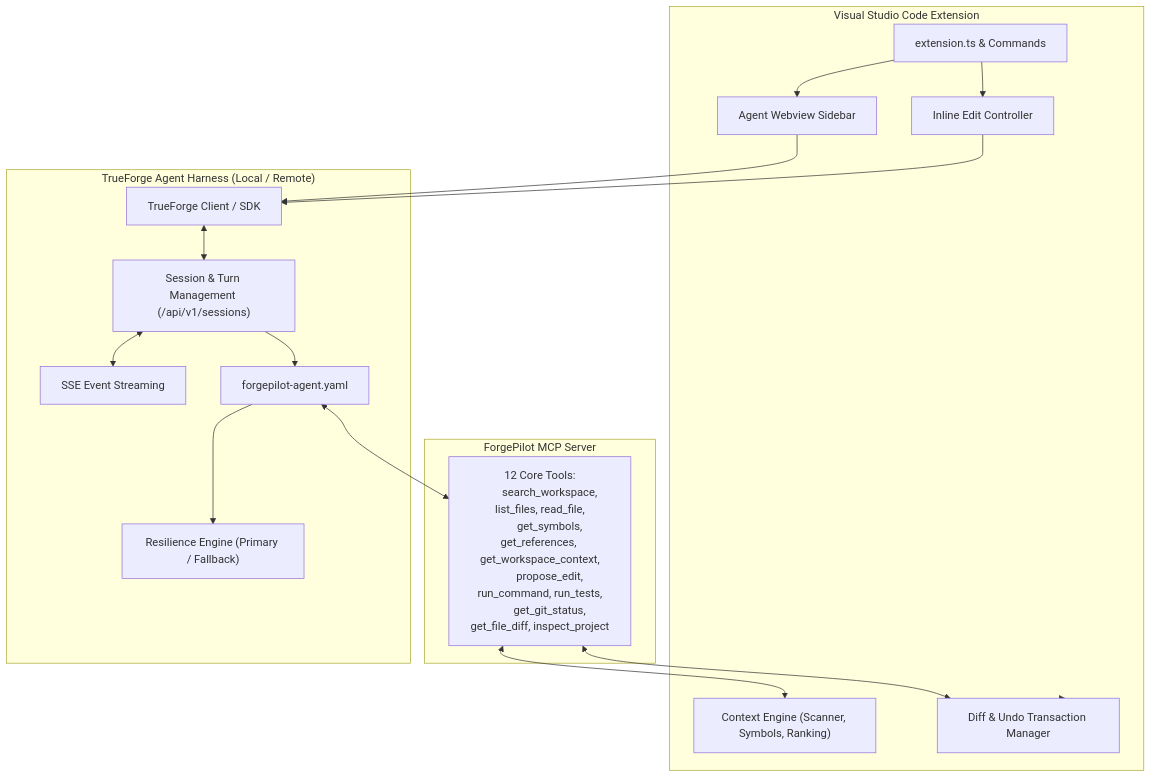
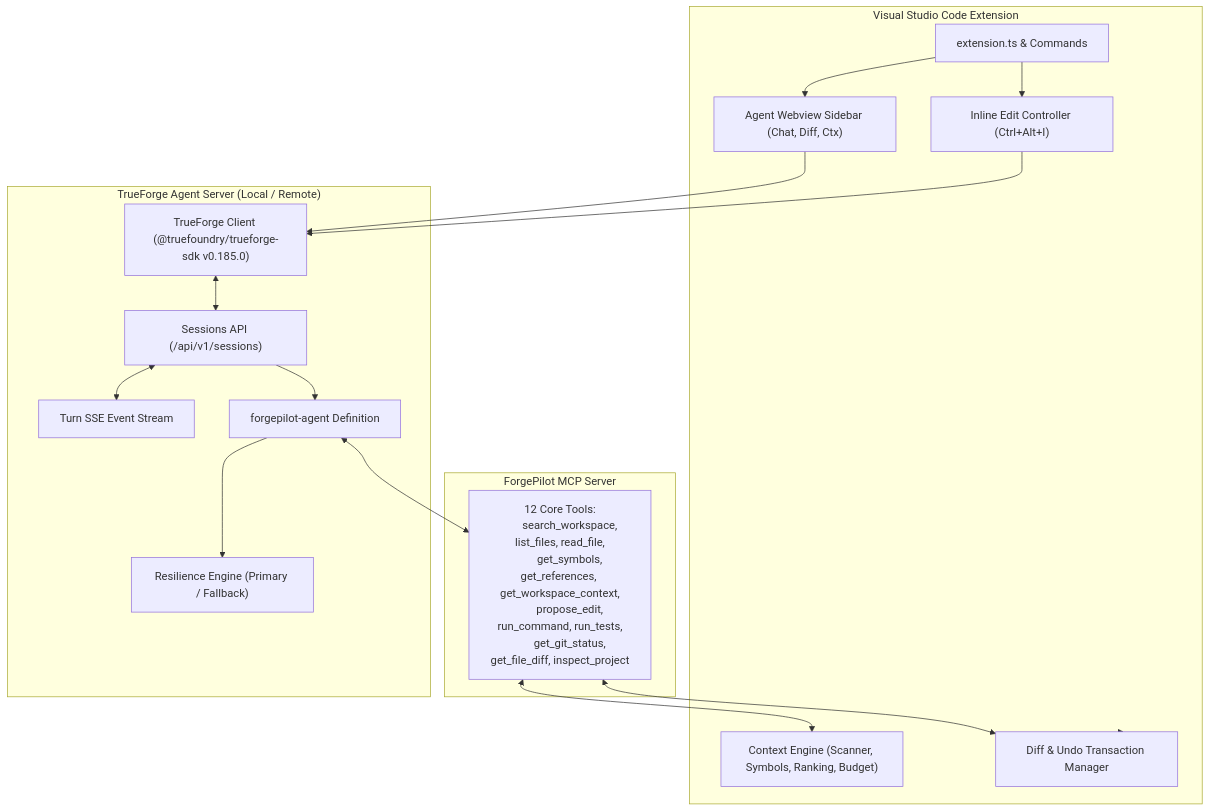
Before and after one commit to bhupendrasharmaX/ForgePilot: the diagram in README.md, drawn with Mermaid. The commit also changed other lines of this file and 19 other files, not shown here.

Commit message:
feat(competition): complete ForgePilot competition submission with TrueForge SDK v0.185.0 and verified Task A/B suites

````diff
--- a/README.md
+++ b/README.md
@@ -64,39 +67,39 @@
 ```mermaid
 flowchart TD
     subgraph VSCode ["Visual Studio Code Extension"]
         ExtActivation["extension.ts & Commands"]
-        SidebarWebview["Agent Webview Sidebar"]
-        InlineEditor["Inline Edit Controller"]
+        SidebarWebview["Agent Webview Sidebar (Chat, Diff, Ctx)"]
+        InlineEditor["Inline Edit Controller (Ctrl+Alt+I)"]
         DiffManager["Diff & Undo Transaction Manager"]
-        ContextEngine["Context Engine (Scanner, Symbols, Ranking)"]
+        ContextEngine["Context Engine (Scanner, Symbols, Ranking, Budget)"]
     end
 
     subgraph MCP ["ForgePilot MCP Server"]
         MCPTools["12 Core Tools:
         search_workspace, list_files, read_file,
         get_symbols, get_references, get_workspace_context,
         propose_edit, run_command, run_tests,
         get_git_status, get_file_diff, inspect_project"]
     end
 
-    subgraph TrueForgeHarness ["TrueForge Agent Harness (Local / Remote)"]
-        TFClient["TrueForge Client / SDK"]
-        TFRoutes["Session & Turn Management (/api/v1/sessions)"]
-        SSEStream["SSE Event Streaming"]
-        TFAgent["forgepilot-agent.yaml"]
+    subgraph TrueForgeHarness ["TrueForge Agent Server (Local / Remote)"]
+        TFClient["TrueForge Client (@truefoundry/trueforge-sdk v0.185.0)"]
+        TFRoutes["Sessions API (/api/v1/sessions)"]
+        SSEStream["Turn SSE Event Stream"]
+        TFAgent["forgepilot-agent Definition"]
         ModelFallback["Resilience Engine (Primary / Fallback)"]
     end
 
     ExtActivation --> SidebarWebview
     ExtActivation --> InlineEditor
     SidebarWebview --> TFClient
     InlineEditor --> TFClient
     TFClient <--> TFRoutes
     TFRoutes <--> SSEStream
     TFRoutes --> TFAgent
     TFAgent --> ModelFallback
     TFAgent <--> MCPTools
     MCPTools <--> ContextEngine
     MCPTools <--> DiffManager
     DiffManager --> VSCode
 ```
````
